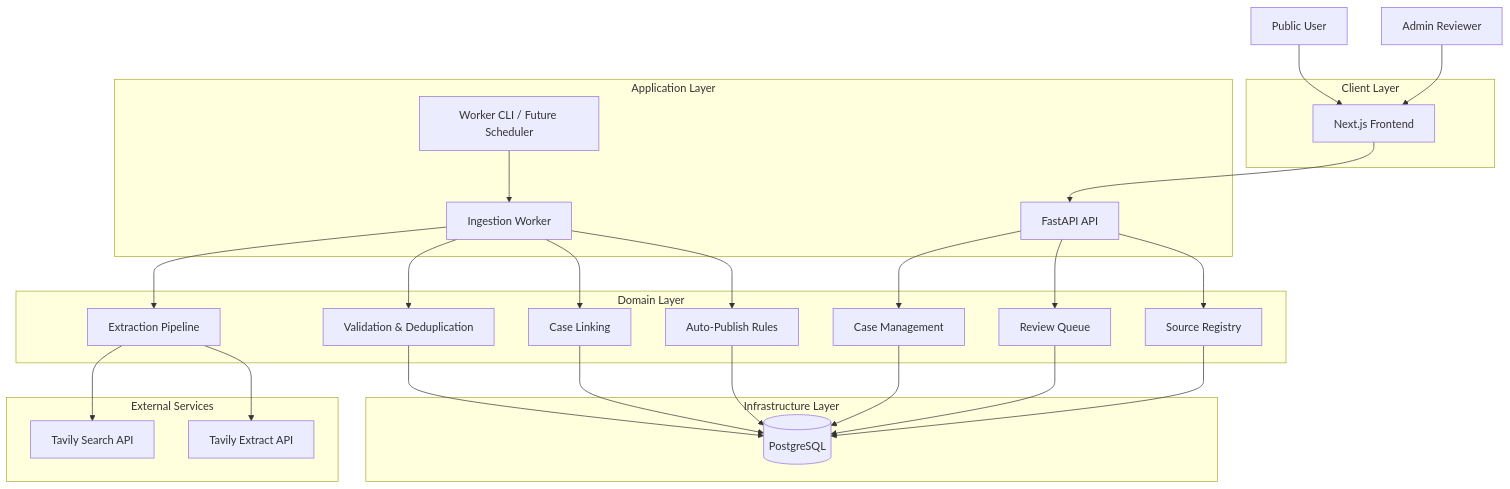
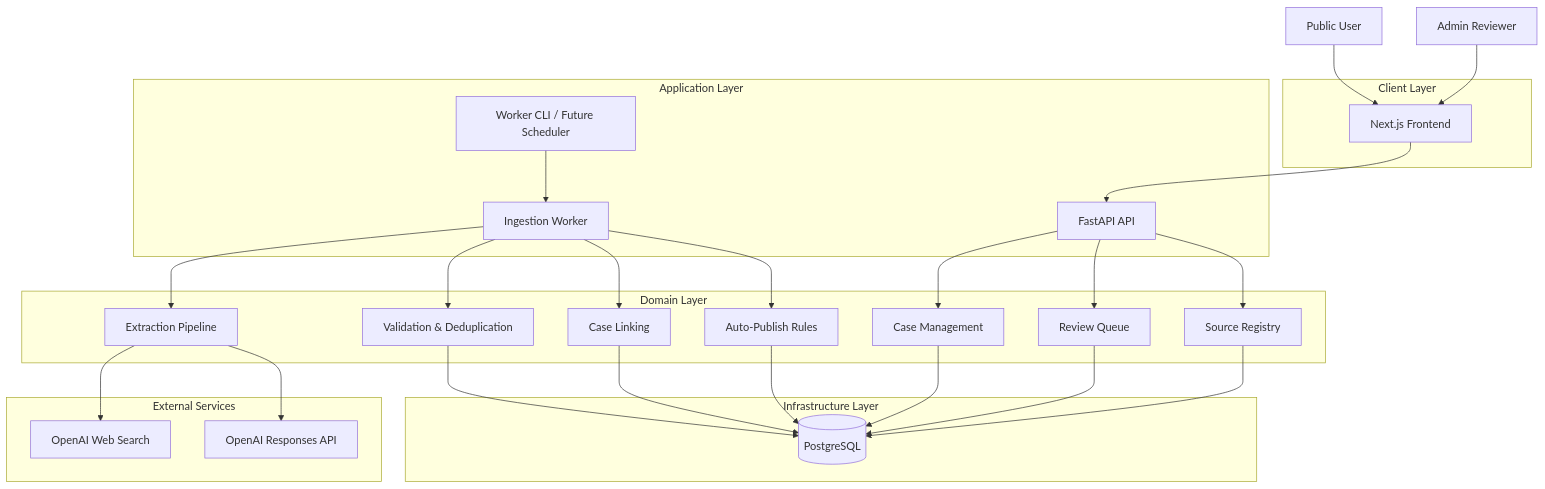
One commit to lblaseygg/coastal-watch changed the diagram in docs/architecture/components.md. Above: the diagram before and after it, drawn with Mermaid. The commit also changed other lines of this file and 12 other files, not shown here.

Commit message:
Migrate worker pipeline from Tavily to OpenAI

````diff
--- a/docs/architecture/components.md
+++ b/docs/architecture/components.md
@@ -15,59 +15,59 @@
 ```mermaid
 flowchart TB
     actor1[Public User]
     actor2[Admin Reviewer]
 
     subgraph Client["Client Layer"]
         FE[Next.js Frontend]
     end
 
     subgraph App["Application Layer"]
         API[FastAPI API]
         Worker[Ingestion Worker]
         CLI[Worker CLI / Future Scheduler]
     end
 
     subgraph Domain["Domain Layer"]
         Cases[Case Management]
         Reviews[Review Queue]
         Sources[Source Registry]
         Extraction[Extraction Pipeline]
         Linking[Case Linking]
         Validation[Validation & Deduplication]
         Publish[Auto-Publish Rules]
     end
 
     subgraph Data["Infrastructure Layer"]
         PG[(PostgreSQL)]
     end
 
     subgraph External["External Services"]
-        Search[Tavily Search API]
-        Extract[Tavily Extract API]
+        Search[OpenAI Web Search]
+        Extract[OpenAI Responses API]
     end
 
     actor1 --> FE
     actor2 --> FE
 
     FE --> API
 
     API --> Cases
     API --> Reviews
     API --> Sources
 
     Cases --> PG
     Reviews --> PG
     Sources --> PG
 
     CLI --> Worker
     Worker --> Extraction
     Worker --> Validation
     Worker --> Linking
     Worker --> Publish
 
     Extraction --> Search
     Extraction --> Extract
     Validation --> PG
     Linking --> PG
     Publish --> PG
 ```
````
